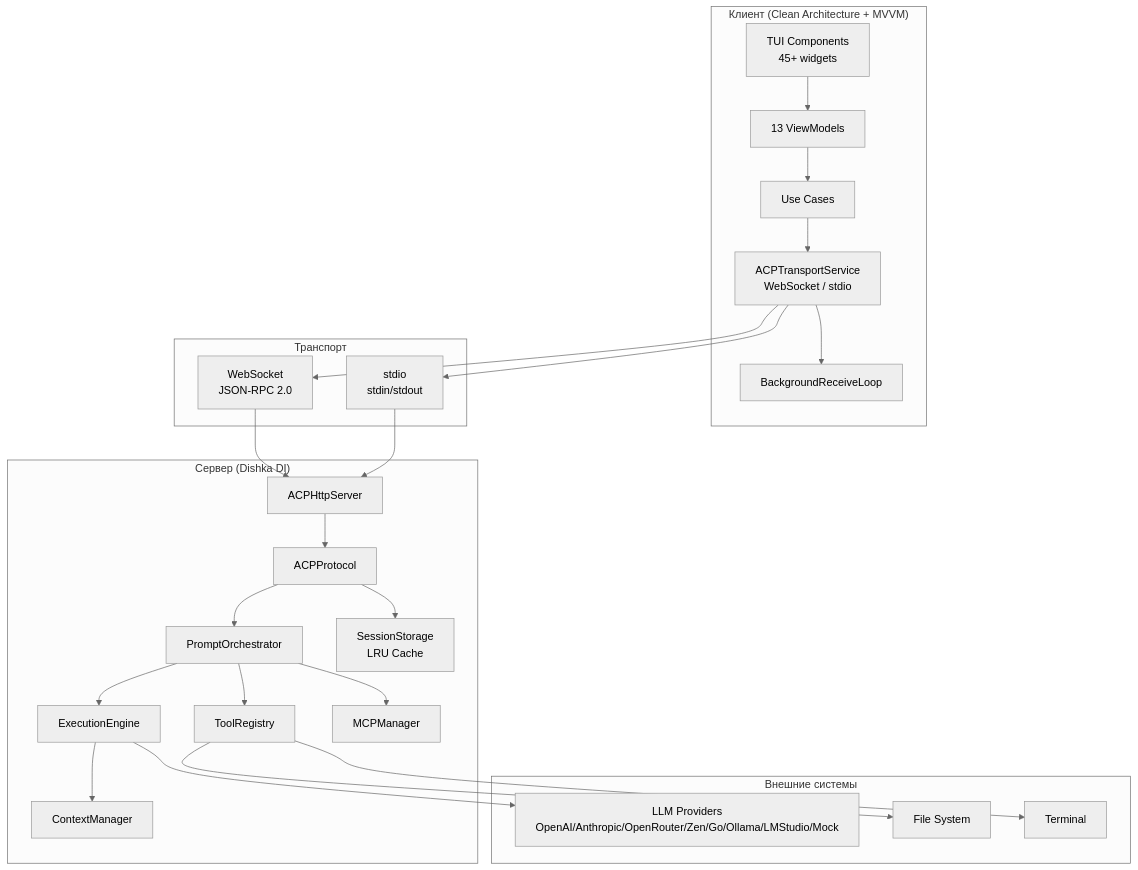
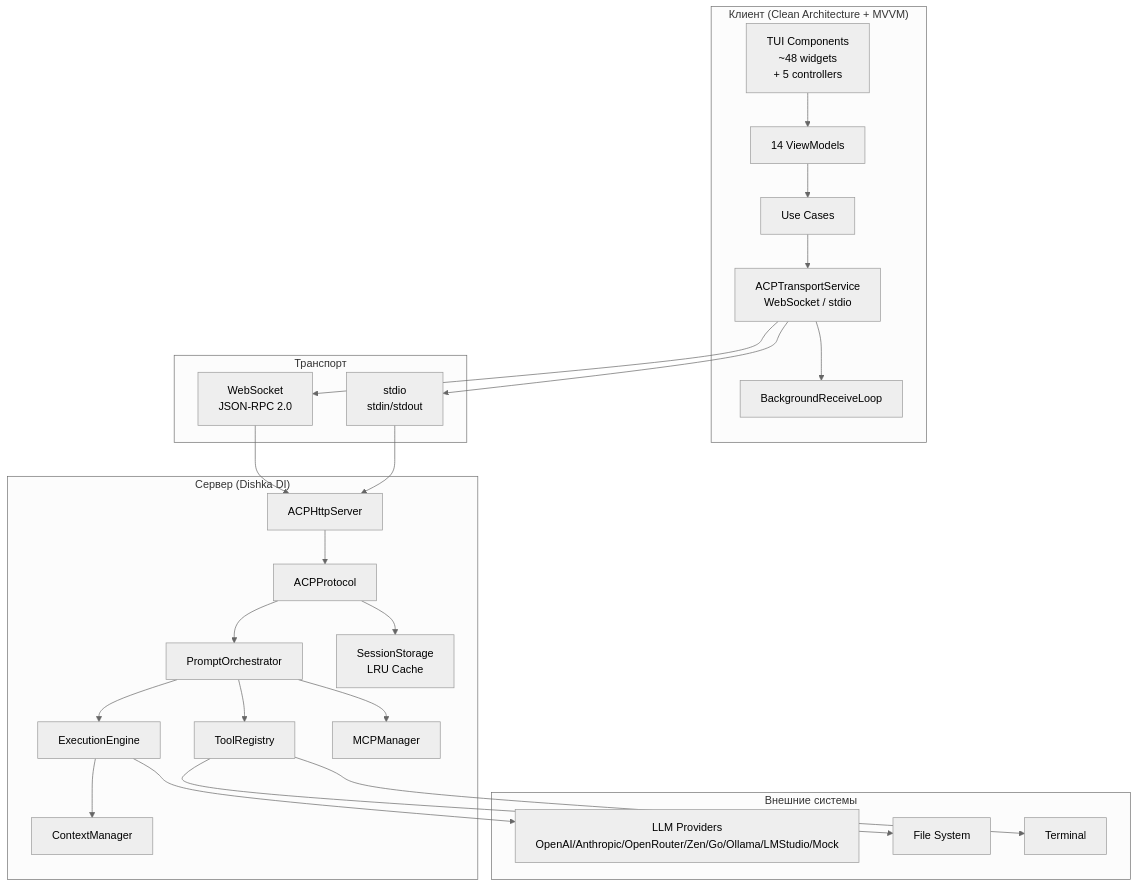
Before and after one commit to pese-git/codelab-agent: the first of 21 diagrams in doc/product/overview/architecture.md, drawn with Mermaid (neutral theme). The commit also changed other lines of this file and 10 other files, not shown here.

First line of the commit message:
docs(arch): синхронизация архитектурных диаграмм и ссылок с кодом

````diff
--- a/doc/product/overview/architecture.md
+++ b/doc/product/overview/architecture.md
@@ -9,42 +9,42 @@
 ```mermaid
 graph TB
     subgraph Client["Клиент (Clean Architecture + MVVM)"]
-        TUI["TUI Components<br/>45+ widgets"]
-        VM[13 ViewModels]
+        TUI["TUI Components<br/>~48 widgets<br/>+ 5 controllers"]
+        VM[14 ViewModels]
         UC[Use Cases]
         TS["ACPTransportService<br/>WebSocket / stdio"]
         BgLoop[BackgroundReceiveLoop]
     end
     
     subgraph Transport["Транспорт"]
         WS["WebSocket<br/>JSON-RPC 2.0"]
         STDIO["stdio<br/>stdin/stdout"]
     end
     
     subgraph Server["Сервер (Dishka DI)"]
         HTTP[ACPHttpServer]
         AP[ACPProtocol]
         PO[PromptOrchestrator]
         EE[ExecutionEngine]
         CM[ContextManager]
         TR[ToolRegistry]
         MCP[MCPManager]
         Storage["SessionStorage<br/>LRU Cache"]
     end
     
     subgraph External["Внешние системы"]
         LLM["LLM Providers<br/>OpenAI/Anthropic/OpenRouter/Zen/Go/Ollama/LMStudio/Mock"]
         FS[File System]
         TERM[Terminal]
     end
     
     TUI --> VM --> UC --> TS
     TS --> BgLoop
     TS --> WS & STDIO
     WS & STDIO --> HTTP --> AP --> PO
     PO --> EE --> LLM
     EE --> CM
     PO --> TR --> FS & TERM
     PO --> MCP
     AP --> Storage
 ```
````
